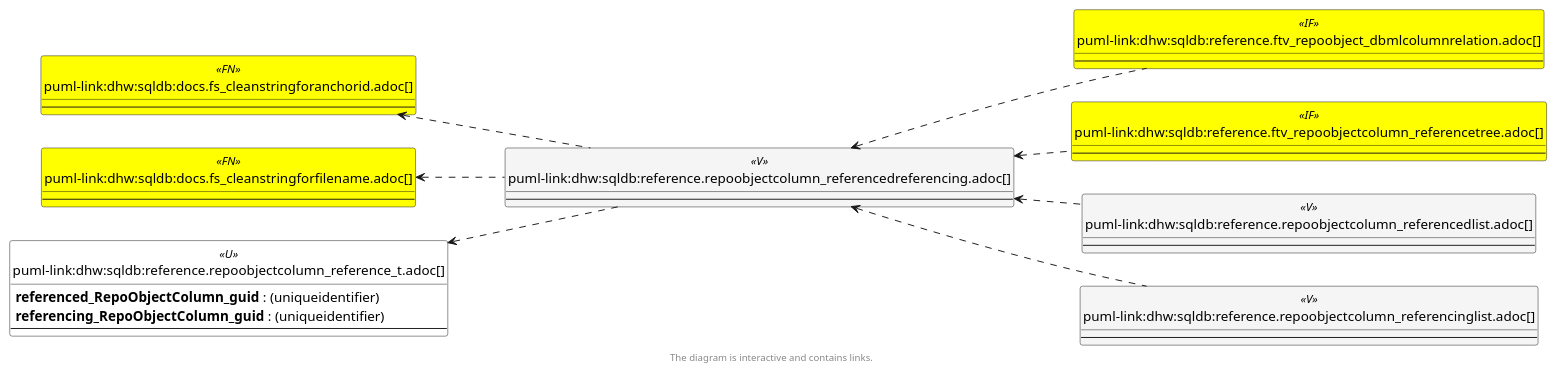
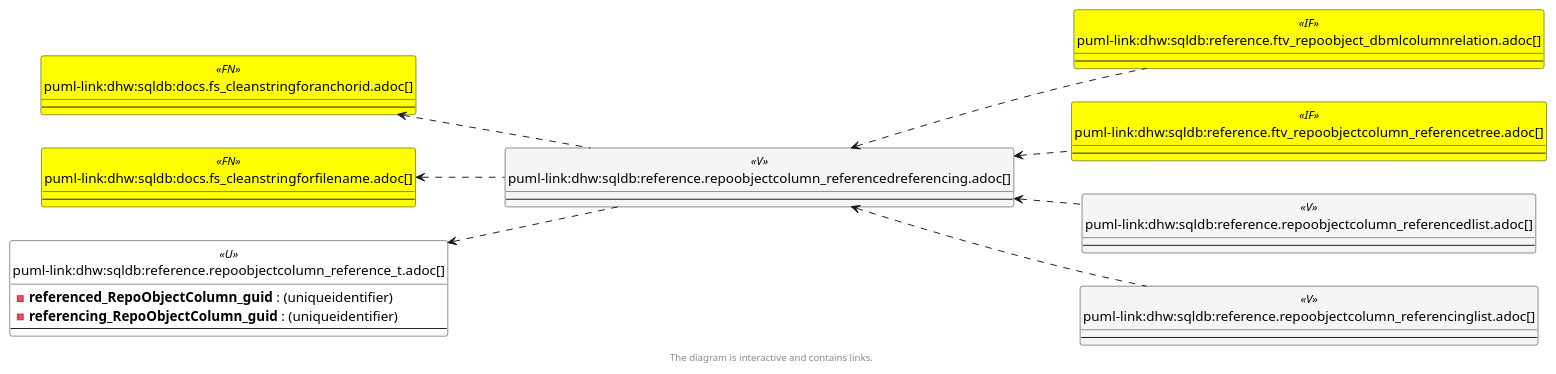
One commit to DataHandwerk/dhw-antora-sqldb changed the third of 6 diagrams in docs/modules/sqldb/partials/content/reference.repoobjectcolumn_referencedreferencing.adoc. Above: the diagram before and after it, drawn with PlantUML. The commit also changed other lines of this file and 641 other files, not shown here.

```diff
--- a/docs/modules/sqldb/partials/content/reference.repoobjectcolumn_referencedreferencing.adoc
+++ b/docs/modules/sqldb/partials/content/reference.repoobjectcolumn_referencedreferencing.adoc
@@ -1203,76 +1203,76 @@
 [plantuml, entity_1_1_objectref-{docname}, svg, subs=macros]
 ....
 @startuml
 left to right direction
 'top to bottom direction
 hide circle
 'avoide "." issues:
 set namespaceSeparator none
 
 
 skinparam class {
   BackgroundColor White
   BackgroundColor<<FN>> Yellow
   BackgroundColor<<FS>> Yellow
   BackgroundColor<<FT>> LightGray
   BackgroundColor<<IF>> Yellow
   BackgroundColor<<IS>> Yellow
   BackgroundColor<<P>>  Aqua
   BackgroundColor<<PC>> Aqua
   BackgroundColor<<SN>> Yellow
   BackgroundColor<<SO>> SlateBlue
   BackgroundColor<<TF>> LightGray
   BackgroundColor<<TR>> Tomato
   BackgroundColor<<U>>  White
   BackgroundColor<<V>>  WhiteSmoke
   BackgroundColor<<X>>  Aqua
   BackgroundColor<<external>> AliceBlue
 }
 
 
 entity "puml-link:dhw:sqldb:docs.fs_cleanstringforanchorid.adoc[]" as docs.fs_cleanStringForAnchorId << FN >> {
   --
 }
 
 entity "puml-link:dhw:sqldb:docs.fs_cleanstringforfilename.adoc[]" as docs.fs_cleanStringForFilename << FN >> {
   --
 }
 
 entity "puml-link:dhw:sqldb:reference.ftv_repoobject_dbmlcolumnrelation.adoc[]" as reference.ftv_RepoObject_DbmlColumnRelation << IF >> {
   --
 }
 
 entity "puml-link:dhw:sqldb:reference.ftv_repoobjectcolumn_referencetree.adoc[]" as reference.ftv_RepoObjectColumn_ReferenceTree << IF >> {
   --
 }
 
 entity "puml-link:dhw:sqldb:reference.repoobjectcolumn_reference_t.adoc[]" as reference.RepoObjectColumn_reference_T << U >> {
-  **referenced_RepoObjectColumn_guid** : (uniqueidentifier)
-  **referencing_RepoObjectColumn_guid** : (uniqueidentifier)
+  - **referenced_RepoObjectColumn_guid** : (uniqueidentifier)
+  - **referencing_RepoObjectColumn_guid** : (uniqueidentifier)
   --
 }
 
 entity "puml-link:dhw:sqldb:reference.repoobjectcolumn_referencedlist.adoc[]" as reference.RepoObjectColumn_ReferencedList << V >> {
   --
 }
 
 entity "puml-link:dhw:sqldb:reference.repoobjectcolumn_referencedreferencing.adoc[]" as reference.RepoObjectColumn_ReferencedReferencing << V >> {
   --
 }
 
 entity "puml-link:dhw:sqldb:reference.repoobjectcolumn_referencinglist.adoc[]" as reference.RepoObjectColumn_ReferencingList << V >> {
   --
 }
 
 docs.fs_cleanStringForAnchorId <.. reference.RepoObjectColumn_ReferencedReferencing
 docs.fs_cleanStringForFilename <.. reference.RepoObjectColumn_ReferencedReferencing
 reference.RepoObjectColumn_reference_T <.. reference.RepoObjectColumn_ReferencedReferencing
 reference.RepoObjectColumn_ReferencedReferencing <.. reference.ftv_RepoObjectColumn_ReferenceTree
 reference.RepoObjectColumn_ReferencedReferencing <.. reference.ftv_RepoObject_DbmlColumnRelation
 reference.RepoObjectColumn_ReferencedReferencing <.. reference.RepoObjectColumn_ReferencedList
 reference.RepoObjectColumn_ReferencedReferencing <.. reference.RepoObjectColumn_ReferencingList
 
 footer The diagram is interactive and contains links.
 
 @enduml
 ....
```
